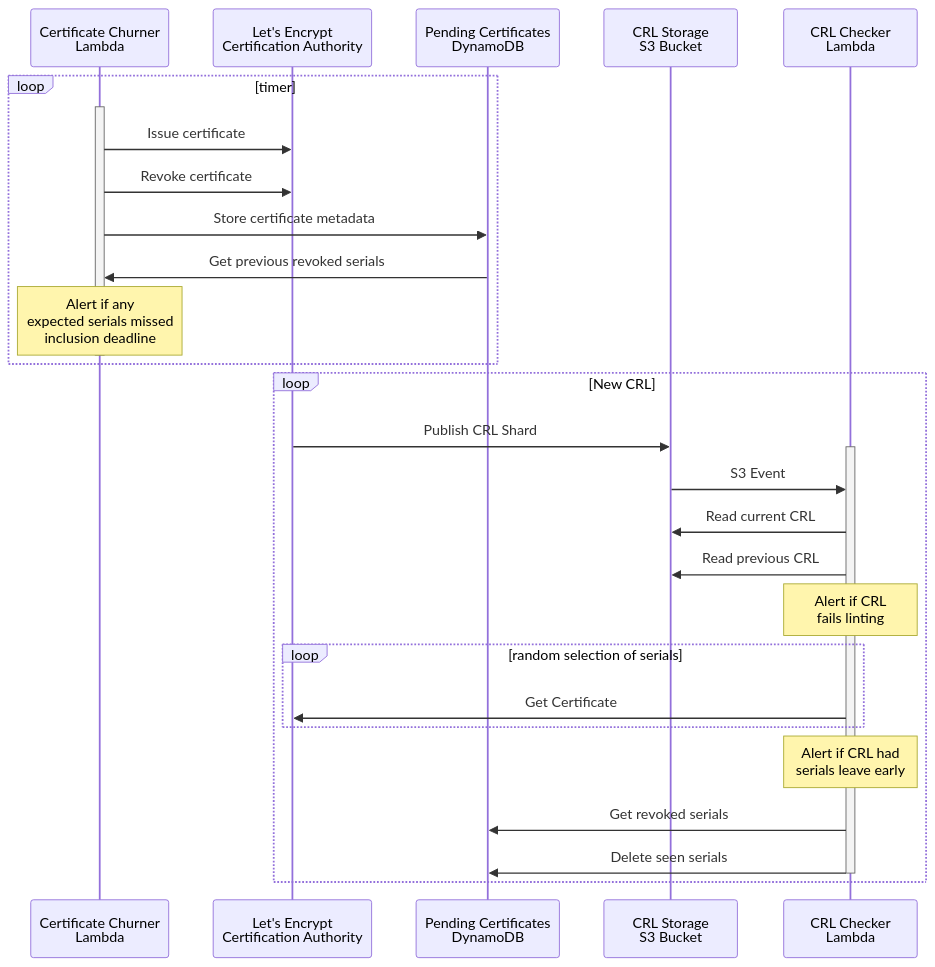
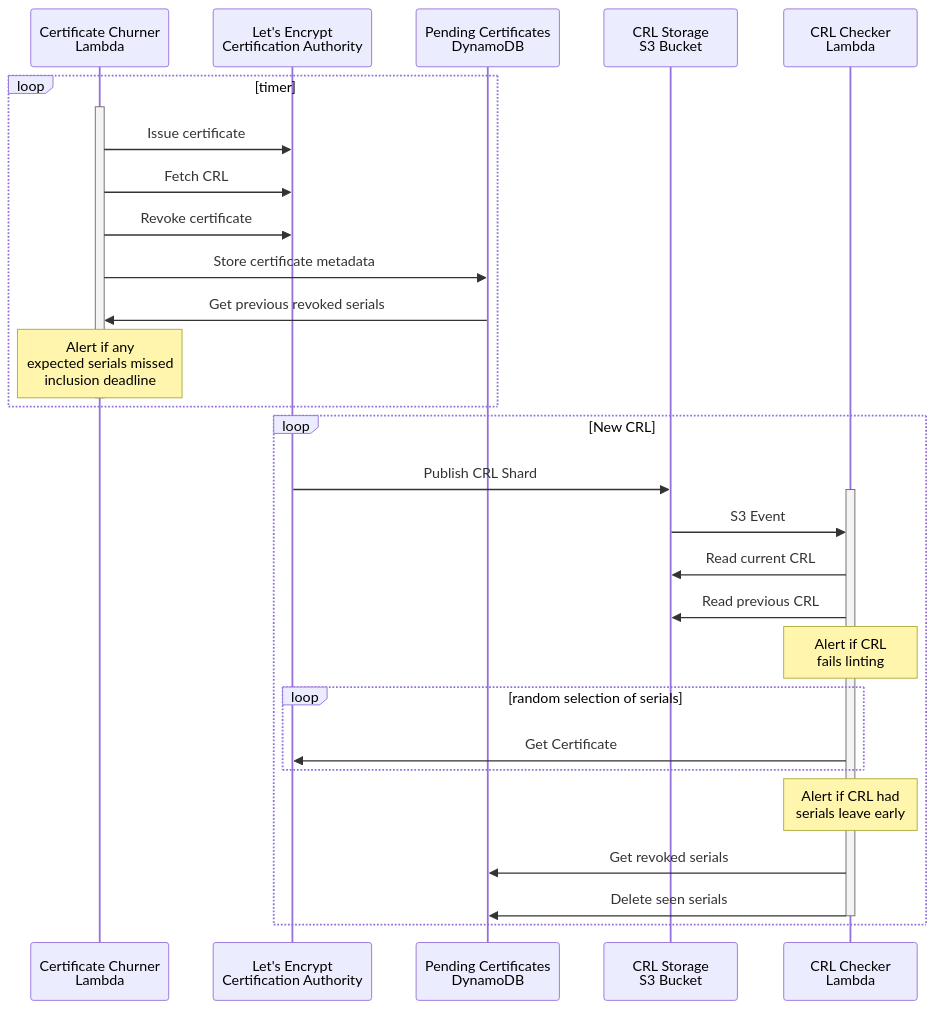
One commit to letsencrypt/crl-monitor changed the diagram in README.md. Above: the diagram before and after it, drawn with Mermaid. The commit also changed other lines of this file, not shown here.

````diff
--- a/README.md
+++ b/README.md
@@ -9,34 +59,35 @@
 ```mermaid
 sequenceDiagram
   participant churn as Certificate Churner<br />Lambda
   participant ca as Let's Encrypt<br />Certification Authority
   participant ddb as Pending Certificates<br />DynamoDB
   participant s3 as CRL Storage<br />S3 Bucket
   participant checker as CRL Checker<br />Lambda
 
   loop timer
     activate churn
     churn->>ca: Issue certificate
+    churn->>ca: Fetch CRL
     churn->>ca: Revoke certificate
     churn->>ddb: Store certificate metadata
     ddb->>churn: Get previous revoked serials
     Note over churn: Alert if any<br />expected serials missed<br />inclusion deadline
     deactivate churn
   end
 
   loop New CRL
     ca->>s3: Publish CRL Shard
     activate checker
     s3->>checker: S3 Event
     checker->>s3: Read current CRL
     checker->>s3: Read previous CRL
     Note over checker: Alert if CRL<br />fails linting
     loop random selection of serials
       checker->>ca: Get Certificate
     end
     Note over checker: Alert if CRL had<br />serials leave early
     checker->>ddb: Get revoked serials
     checker->>ddb: Delete seen serials
     deactivate checker
   end
 ```
````
